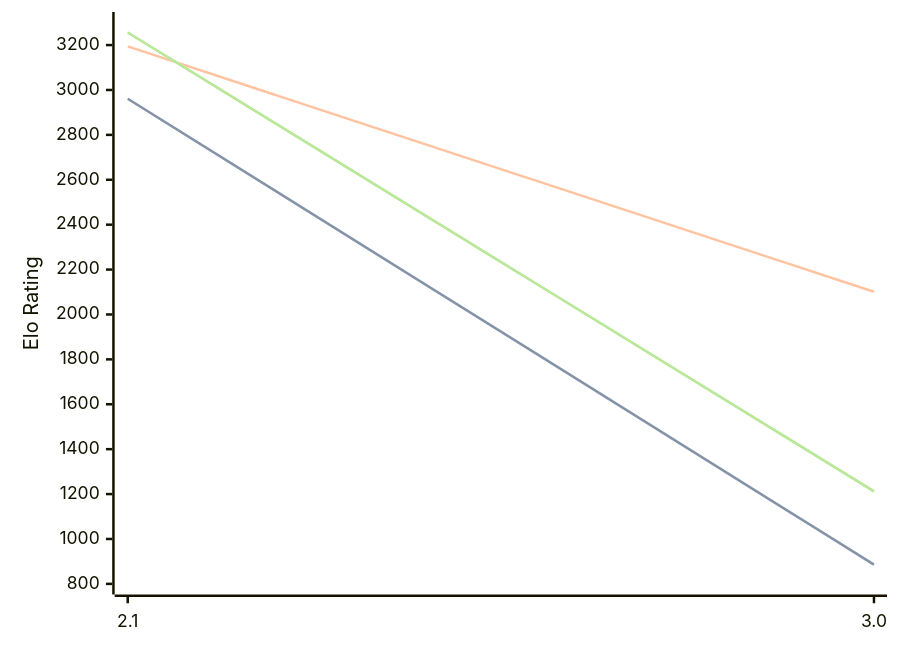
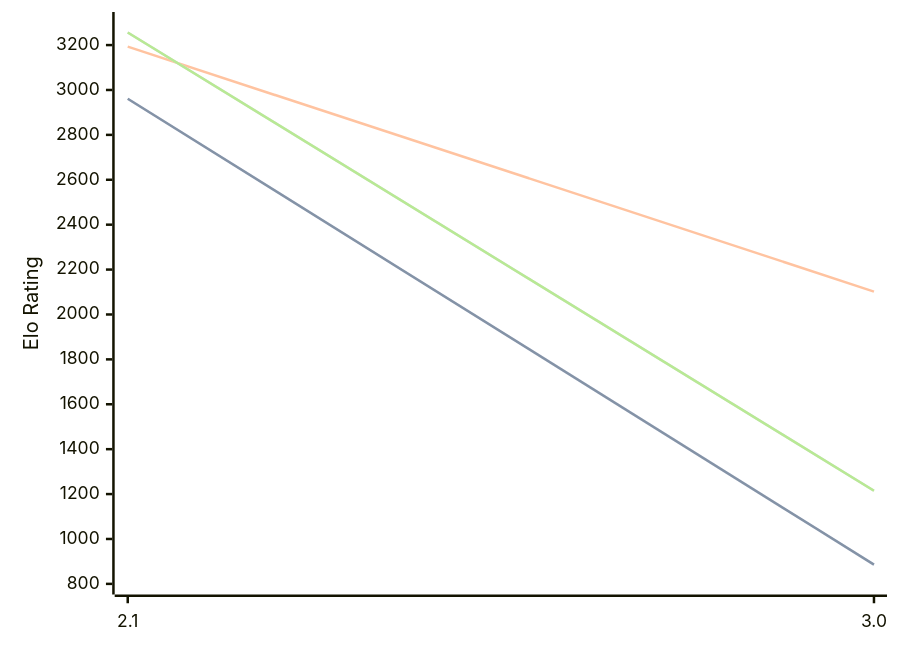
One commit to computer-chess-index/cci changed the diagram in engines/Quirky.md. Above: the diagram before and after it, drawn with Mermaid. The commit also changed other lines of this file, not shown here.

Commit message:
Update CCI Ratings (ELO VLTC) - 2026-09-15

````diff
--- a/engines/Quirky.md
+++ b/engines/Quirky.md
@@ -32,11 +32,11 @@
 ```mermaid
 %%{init: {"theme":"base","themeVariables":{"seriesColors:['#a3a3a3','#222221','#faa371']}}}%%
 xychart-beta
   x-axis ["2.1", "3.0"]
   y-axis "Elo Rating" 800 --> 3300
   line "" [2961, 886]
   line "STC (8.0+0.08s)" [2961, 886]
-  line "LTC (60.0+0.60s)" [3194, 2101]
-  line "" [3256, 1212]
-  line "VLTC (2m24s+1.12s)" [3256, 1212]
+  line "LTC (60.0+0.60s)" [3193, 2102]
+  line "" [3256, 1215]
+  line "VLTC (2m24s+1.12s)" [3256, 1215]
 ```
````
